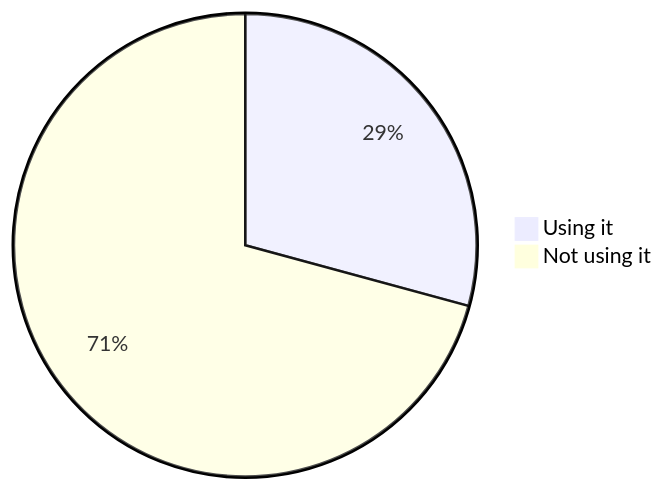
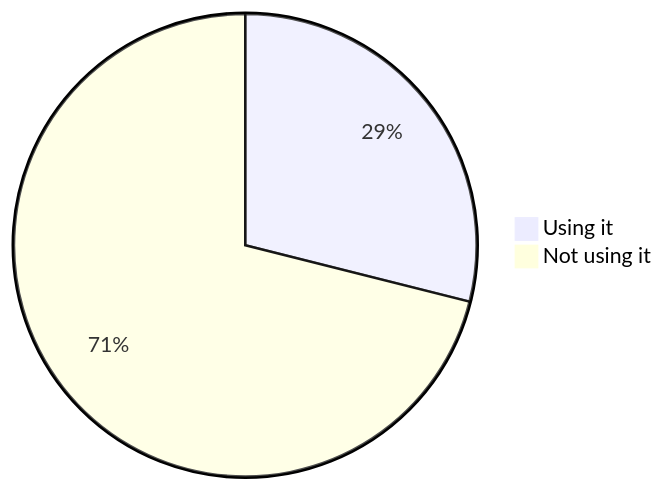
Diagram 16 of 22 in stats.md (oshp/oshp-stats), drawn with Mermaid before and after one commit. The commit also changed other lines of this file, not shown here.

````diff
--- a/stats.md
+++ b/stats.md
@@ -190,6 +190,6 @@
 ```mermaid
 pie
-	"Using it" : 29.22
-	"Not using it" : 70.78
+	"Using it" : 28.92
+	"Not using it" : 71.08
 
 ```
````
